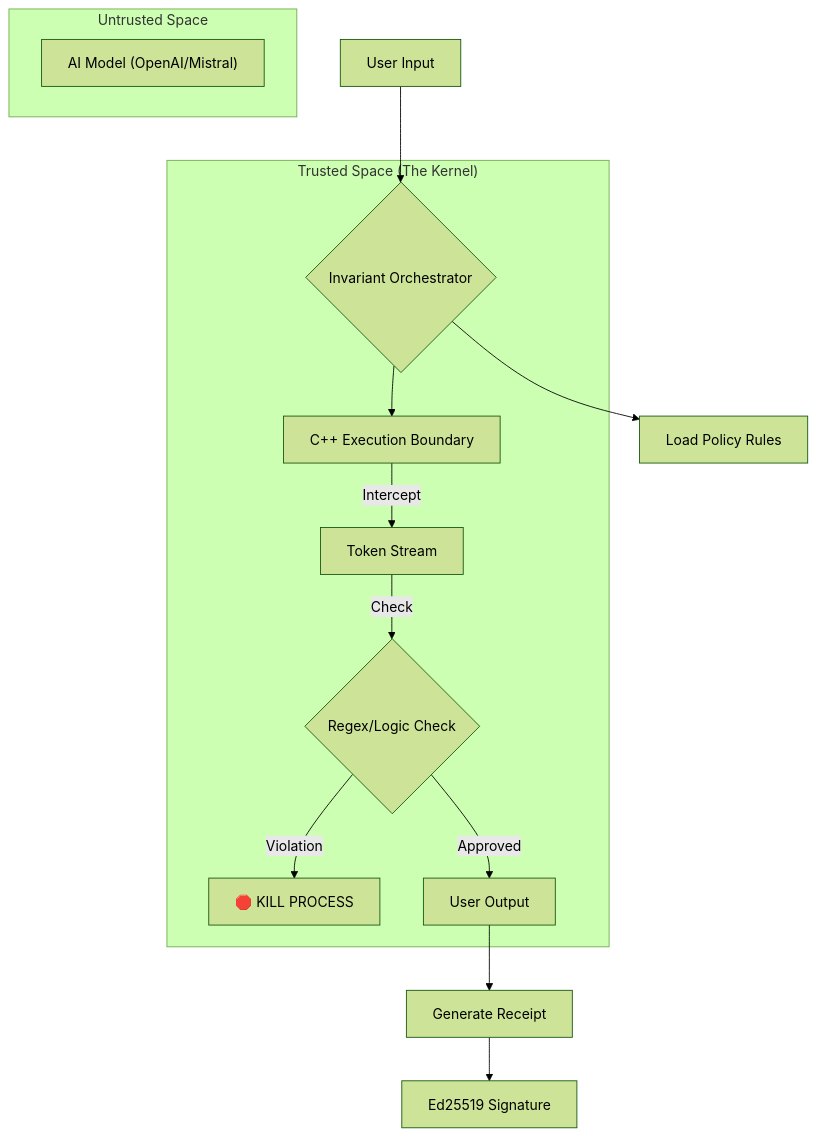
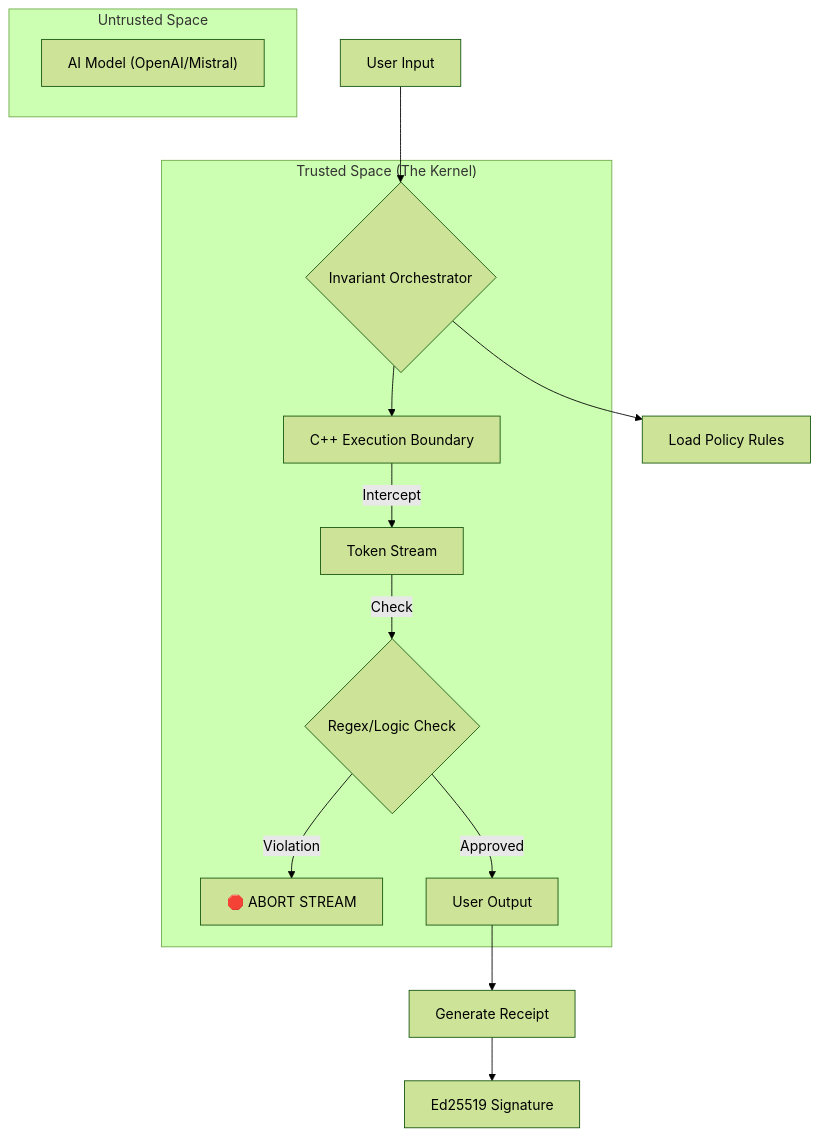
The diagram in README.md (Jeevan-04/Invariant), drawn with Mermaid (forest theme) before and after one commit. The commit also changed other lines of this file, not shown here.

````diff
--- a/README.md
+++ b/README.md
@@ -30,20 +31,20 @@
 ```mermaid
 graph TD
     User["User Input"] --> Orchestrator{"Invariant Orchestrator"}
     Orchestrator --> Policy["Load Policy Rules"]
     
     subgraph "Untrusted Space"
         Model["AI Model (OpenAI/Mistral)"]
     end
     
     subgraph "Trusted Space (The Kernel)"
         Orchestrator --> Kernel["C++ Execution Boundary"]
         Kernel -->|Intercept| TokenStream["Token Stream"]
         TokenStream -->|Check| Inspector{"Regex/Logic Check"}
-        Inspector -->|Violation| Abort["🛑 KILL PROCESS"]
+        Inspector -->|Violation| Abort["🛑 ABORT STREAM"]
         Inspector -->|Approved| Output["User Output"]
     end
     
     Output --> Receipt["Generate Receipt"]
     Receipt --> Sign["Ed25519 Signature"]
 ```
````
